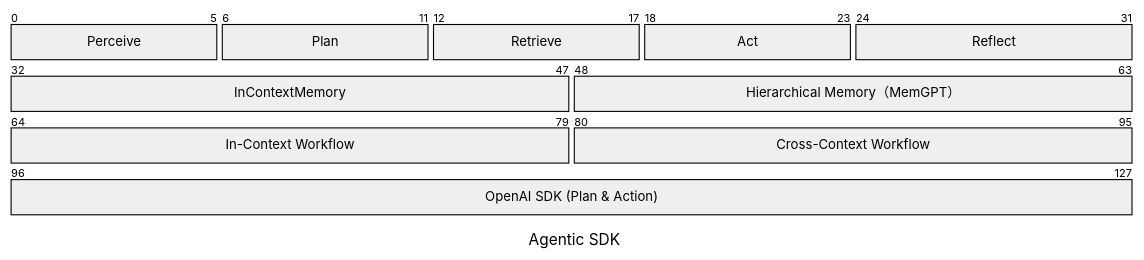
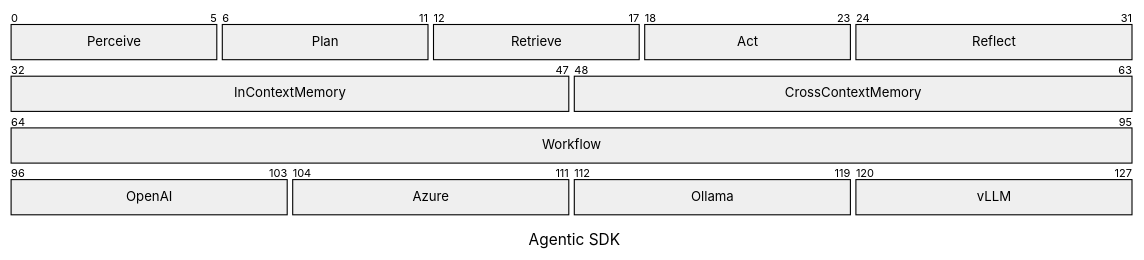
Before and after one commit to MarkovChenITRI/.github: the first of 2 diagrams in profile/README.md, drawn with Mermaid.

````diff
--- a/profile/README.md
+++ b/profile/README.md
@@ -25,16 +25,18 @@
 ```mermaid
 ---
 title: Agentic SDK
 ---
 packet
 0-5: "Perceive"
 6-11: "Plan"
 12-17: "Retrieve"
 18-23: "Act"
 24-31: "Reflect"
 32-47: "InContextMemory"
-48-63: "Hierarchical Memory（MemGPT）"
-64-79: "In-Context Workflow"
-80-95: "Cross-Context Workflow"
-96-127: "OpenAI SDK (Plan & Action)"
+48-63: "CrossContextMemory"
+64-95: "Workflow"
+96-103: "OpenAI"
+104-111: "Azure"
+112-119: "Ollama"
+120-127: "vLLM"
 ```
````
